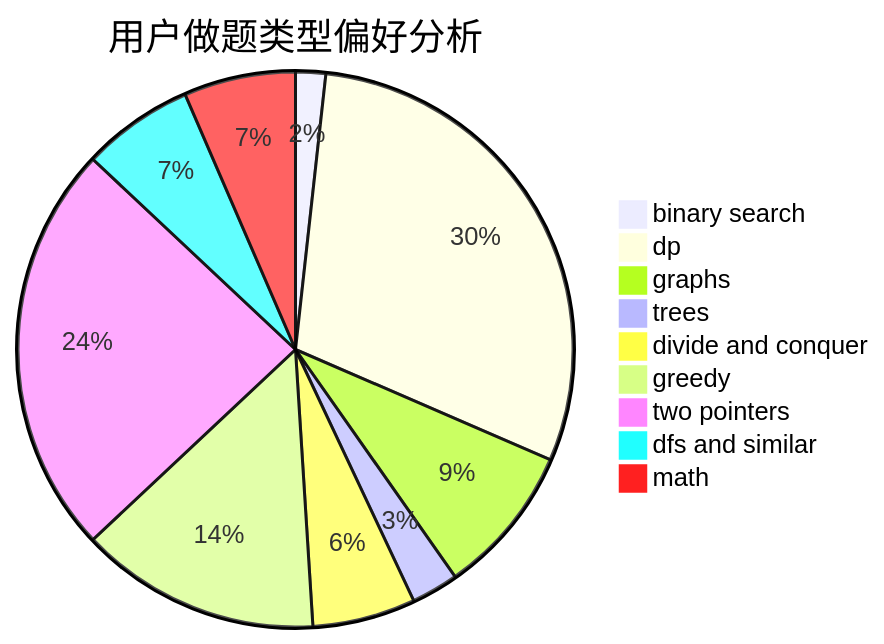
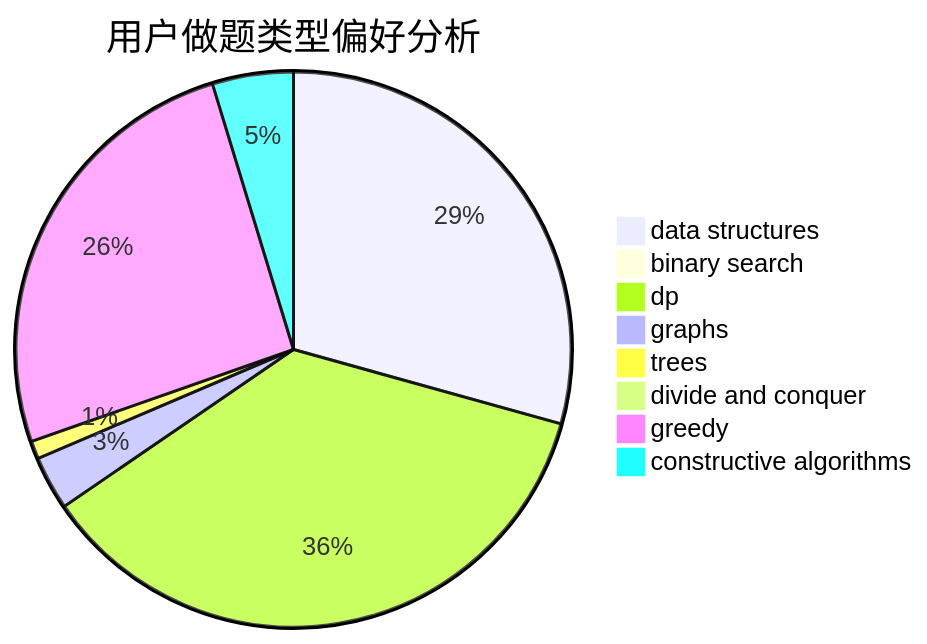
The second of 3 diagrams in docs/user/u932.md (sherpahu/cfrs.github.io), drawn with Mermaid before and after one commit. The commit also changed other lines of this file and 2775 other files, not shown here.

````diff
--- a/docs/user/u932.md
+++ b/docs/user/u932.md
@@ -23,12 +23,11 @@
 ```mermaid
 pie title 用户做题类型偏好分析
-    "binary search" :  7
-    "dp" :  119
-    "graphs" :  35
-    "trees" :  11
-    "divide and conquer" :  24
-    "greedy" :  56
-    "two pointers" :  96
-    "dfs and similar" :  26
-    "math" :  26
+    "data structures" :  56
+    "binary search" :  0
+    "dp" :  69
+    "graphs" :  6
+    "trees" :  2
+    "divide and conquer" :  0
+    "greedy" :  49
+    "constructive algorithms" :  9
 ```
````
